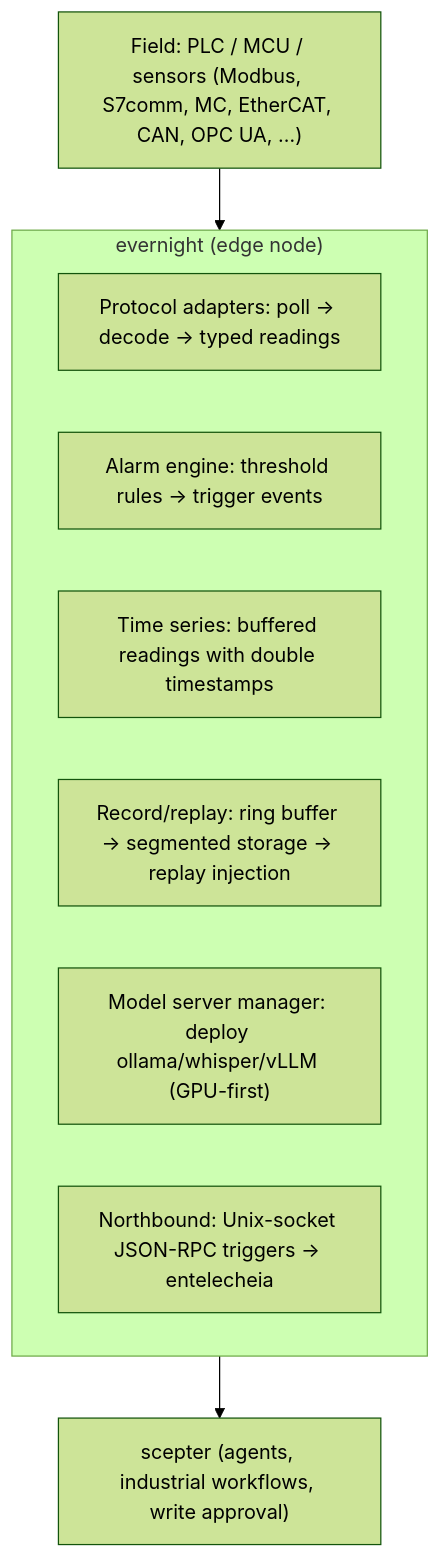
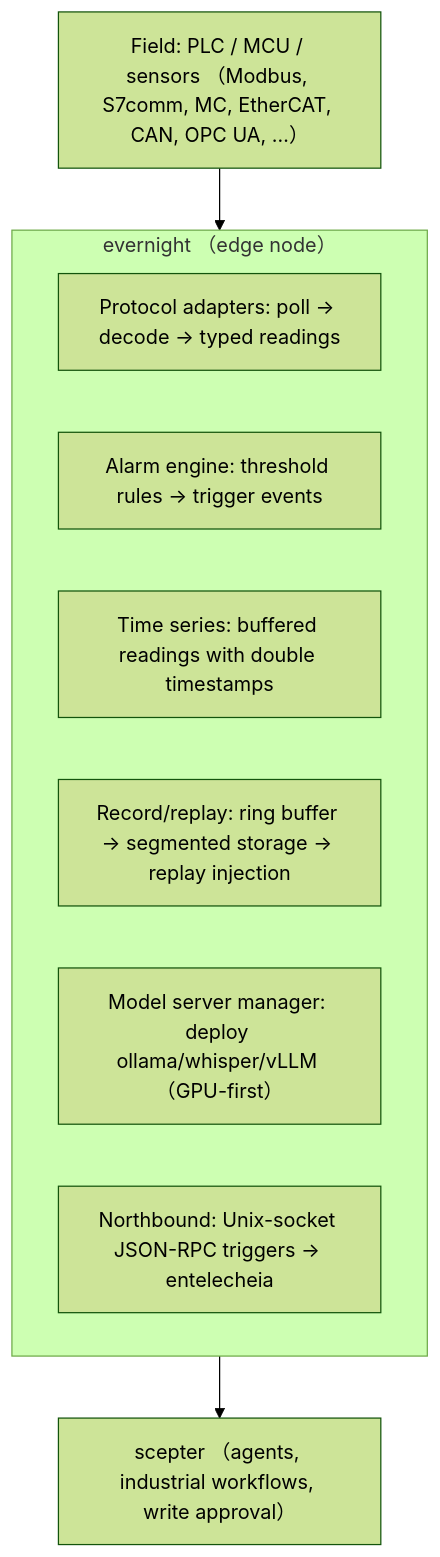
One commit to celestia-island/docs.celestia.world changed the diagram in docs/ar/platforms/evernight.md. Above: the diagram before and after it, drawn with Mermaid (forest theme). The commit also changed 35 other files, not shown here.

First line of the commit message:
📝 Convert ASCII parentheses in mermaid fences to fullwidth across languages. (#96)

````diff
--- a/docs/ar/platforms/evernight.md
+++ b/docs/ar/platforms/evernight.md
@@ -11,14 +11,14 @@
 ```mermaid
 flowchart TD
-    C["Field: PLC / MCU / sensors (Modbus, S7comm, MC, EtherCAT, CAN, OPC UA, …)"]
-    subgraph G["evernight (edge node)"]
+    C["Field: PLC / MCU / sensors （Modbus, S7comm, MC, EtherCAT, CAN, OPC UA, …）"]
+    subgraph G["evernight （edge node）"]
         N0["Protocol adapters: poll → decode → typed readings"]
         N1["Alarm engine: threshold rules → trigger events"]
         N2["Time series: buffered readings with double timestamps"]
         N3["Record/replay: ring buffer → segmented storage → replay injection"]
-        N4["Model server manager: deploy ollama/whisper/vLLM (GPU-first)"]
+        N4["Model server manager: deploy ollama/whisper/vLLM （GPU-first）"]
         N5["Northbound: Unix-socket JSON-RPC triggers → entelecheia"]
     end
     C --> G
-    G --> B["scepter (agents, industrial workflows, write approval)"]
+    G --> B["scepter （agents, industrial workflows, write approval）"]
 ```
````
